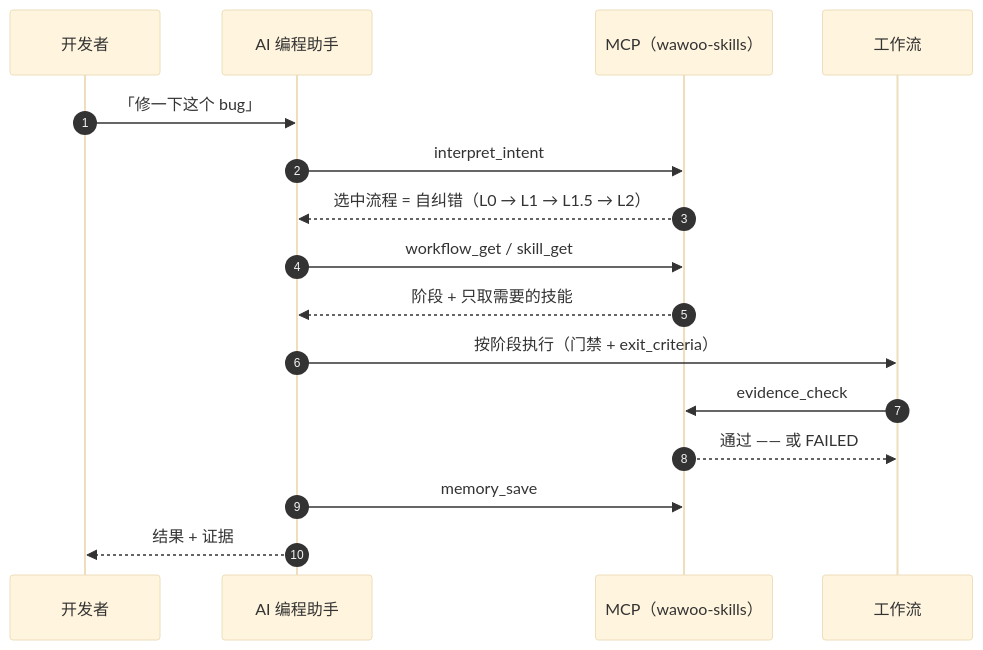
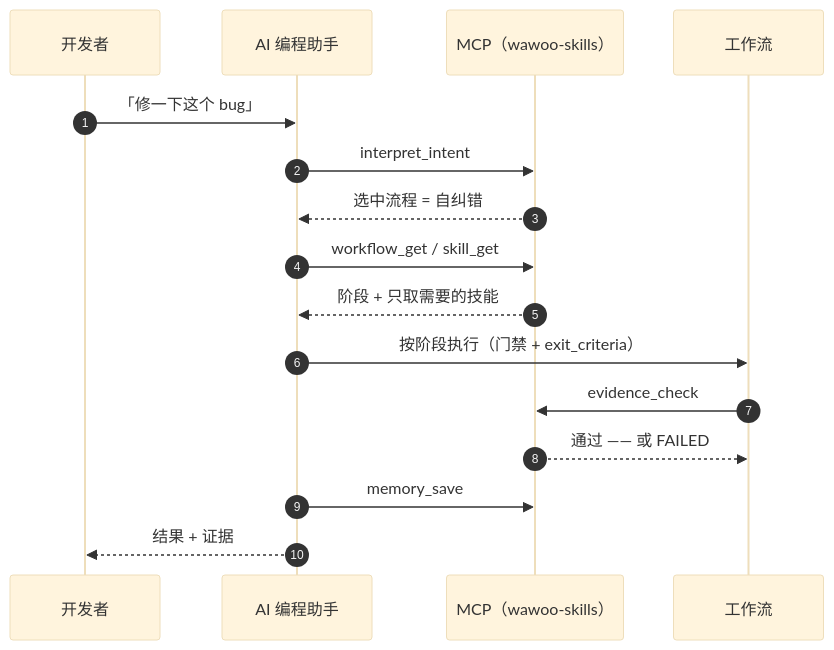
The diagram in README.zh-CN.md (parkwoo/wawoo-agent-skills), drawn with Mermaid (base theme) before and after one commit. The commit also changed 3 other files, not shown here.

Commit message:
docs: drop internal L0..L2 labels from the sequence diagram message

````diff
--- a/README.zh-CN.md
+++ b/README.zh-CN.md
@@ -62,18 +62,18 @@
 ```mermaid
 sequenceDiagram
     autonumber
     participant U as 开发者
     participant A as AI 编程助手
     participant M as MCP（wawoo-skills）
     participant W as 工作流
     U->>A: 「修一下这个 bug」
     A->>M: interpret_intent
-    M-->>A: 选中流程 = 自纠错（L0 → L1 → L1.5 → L2）
+    M-->>A: 选中流程 = 自纠错
     A->>M: workflow_get / skill_get
     M-->>A: 阶段 + 只取需要的技能
     A->>W: 按阶段执行（门禁 + exit_criteria）
     W->>M: evidence_check
     M-->>W: 通过 —— 或 FAILED
     A->>M: memory_save
     A-->>U: 结果 + 证据
 ```
````
